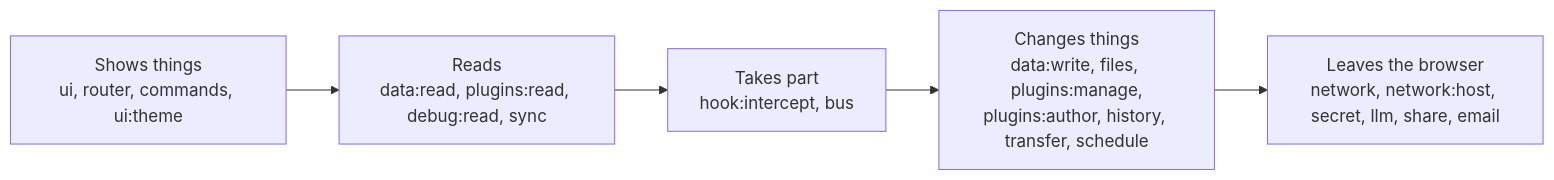
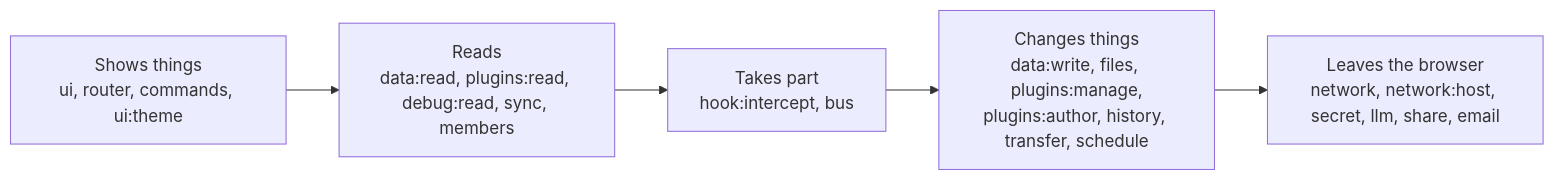
The diagram in docs/permissions.md (PaulKinlan/ExtensibleWebApps), drawn with Mermaid before and after one commit. The commit also changed other lines of this file and 22 other files, not shown here.

````diff
--- a/docs/permissions.md
+++ b/docs/permissions.md
@@ -15,7 +15,7 @@
 ```mermaid
 flowchart LR
-    A["Shows things<br/>ui, router, commands, ui:theme"] --> B["Reads<br/>data:read, plugins:read, debug:read, sync"]
+    A["Shows things<br/>ui, router, commands, ui:theme"] --> B["Reads<br/>data:read, plugins:read, debug:read, sync, members"]
     B --> C["Takes part<br/>hook:intercept, bus"]
     C --> D["Changes things<br/>data:write, files, plugins:manage,<br/>plugins:author, history, transfer, schedule"]
     D --> E["Leaves the browser<br/>network, network:host, secret, llm, share, email"]
 ```
````
